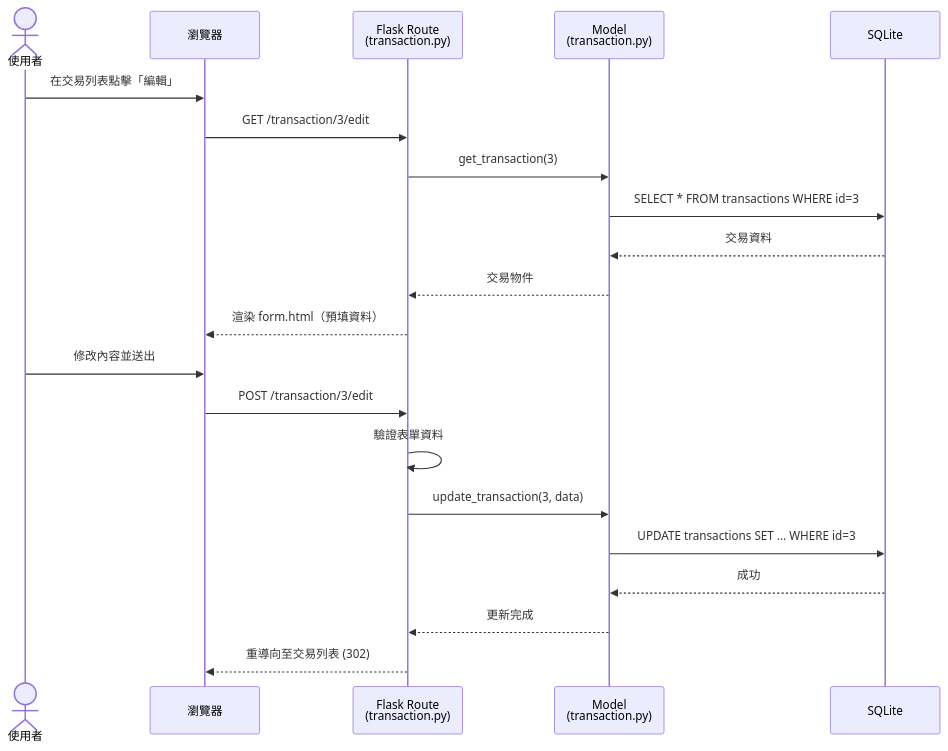
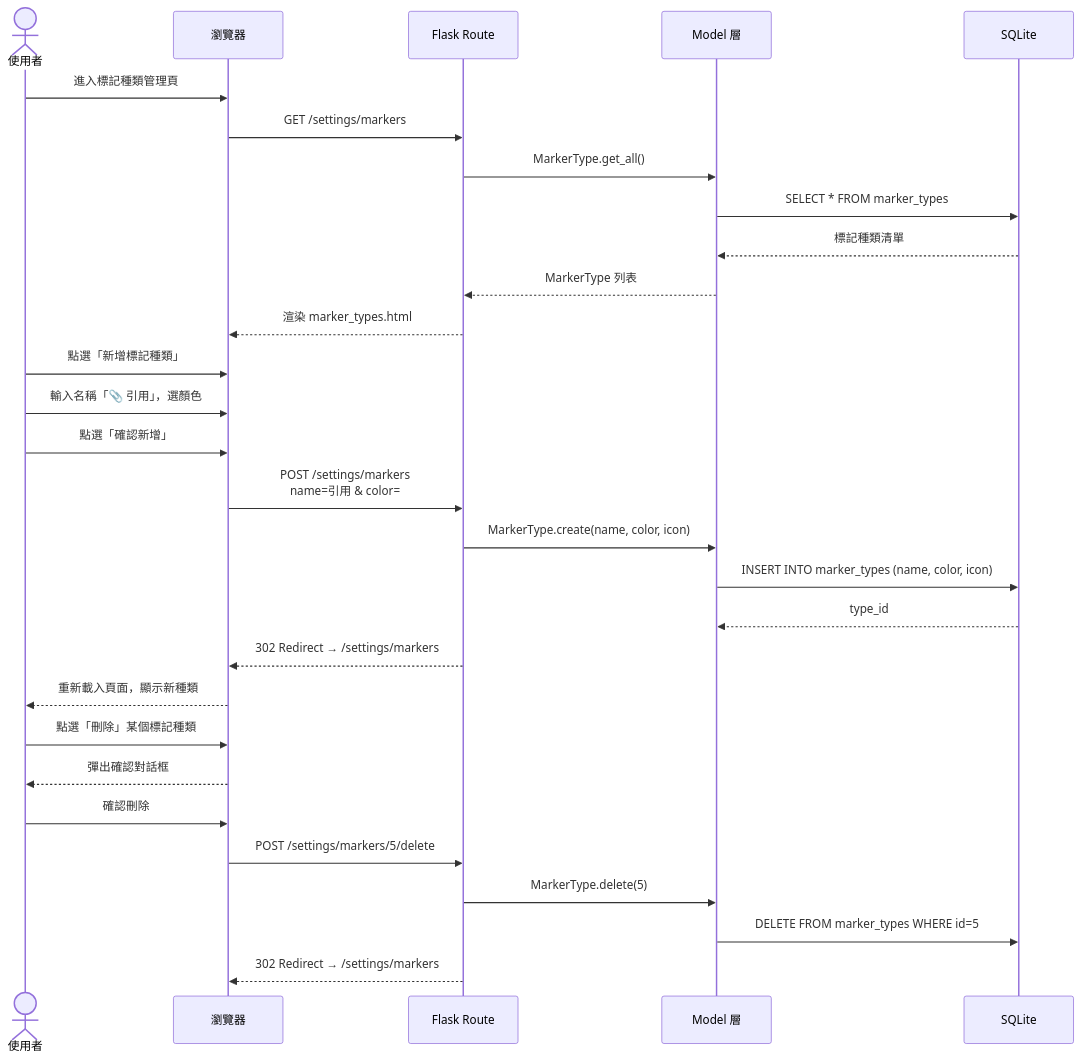
Before and after one commit to d1445196-colla/web_app: the fifth of 7 diagrams in docs/FLOWCHART.md, drawn with Mermaid. The commit also changed other lines of this file and 19 other files, not shown here.

Commit message:
feat: add all design docs, database schema, models, route skeletons and templates

````diff
--- a/docs/FLOWCHART.md
+++ b/docs/FLOWCHART.md
@@ -190,25 +212,34 @@
 ```mermaid
 sequenceDiagram
     actor User as 使用者
     participant Browser as 瀏覽器
-    participant Route as Flask Route<br>(transaction.py)
-    participant Model as Model<br>(transaction.py)
+    participant Flask as Flask Route
+    participant Model as Model 層
     participant DB as SQLite
 
-    User->>Browser: 在交易列表點擊「編輯」
-    Browser->>Route: GET /transaction/3/edit
-    Route->>Model: get_transaction(3)
-    Model->>DB: SELECT * FROM transactions WHERE id=3
-    DB-->>Model: 交易資料
-    Model-->>Route: 交易物件
-    Route-->>Browser: 渲染 form.html（預填資料）
+    User->>Browser: 進入標記種類管理頁
+    Browser->>Flask: GET /settings/markers
+    Flask->>Model: MarkerType.get_all()
+    Model->>DB: SELECT * FROM marker_types
+    DB-->>Model: 標記種類清單
+    Model-->>Flask: MarkerType 列表
+    Flask-->>Browser: 渲染 marker_types.html
 
-    User->>Browser: 修改內容並送出
-    Browser->>Route: POST /transaction/3/edit
-    Route->>Route: 驗證表單資料
-    Route->>Model: update_transaction(3, data)
-    Model->>DB: UPDATE transactions SET ... WHERE id=3
-    DB-->>Model: 成功
-    Model-->>Route: 更新完成
-    Route-->>Browser: 重導向至交易列表 (302)
+    User->>Browser: 點選「新增標記種類」
+    User->>Browser: 輸入名稱「📎 引用」，選顏色 #3498db
+    User->>Browser: 點選「確認新增」
+    Browser->>Flask: POST /settings/markers<br/>name=引用 & color=#3498db & icon=📎
+    Flask->>Model: MarkerType.create(name, color, icon)
+    Model->>DB: INSERT INTO marker_types (name, color, icon)
+    DB-->>Model: type_id
+    Flask-->>Browser: 302 Redirect → /settings/markers
+    Browser-->>User: 重新載入頁面，顯示新種類
+
+    User->>Browser: 點選「刪除」某個標記種類
+    Browser-->>User: 彈出確認對話框
+    User->>Browser: 確認刪除
+    Browser->>Flask: POST /settings/markers/5/delete
+    Flask->>Model: MarkerType.delete(5)
+    Model->>DB: DELETE FROM marker_types WHERE id=5
+    Flask-->>Browser: 302 Redirect → /settings/markers
 ```
````
